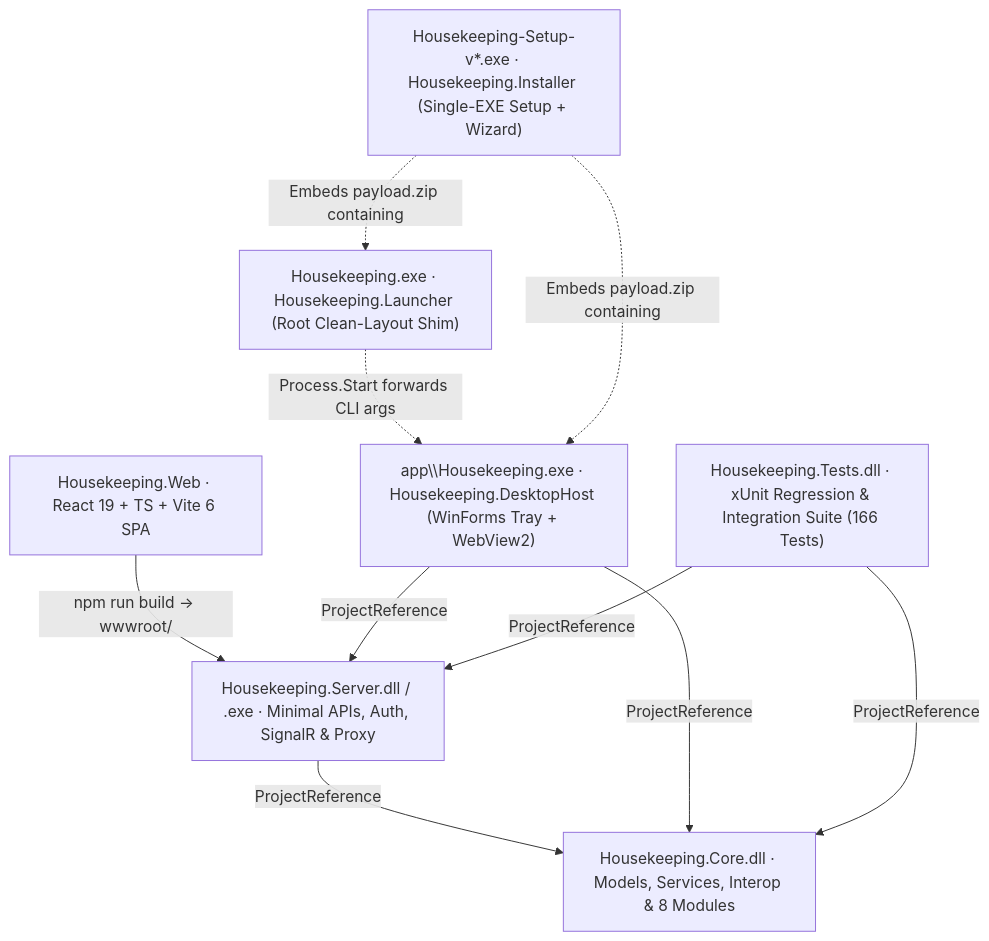
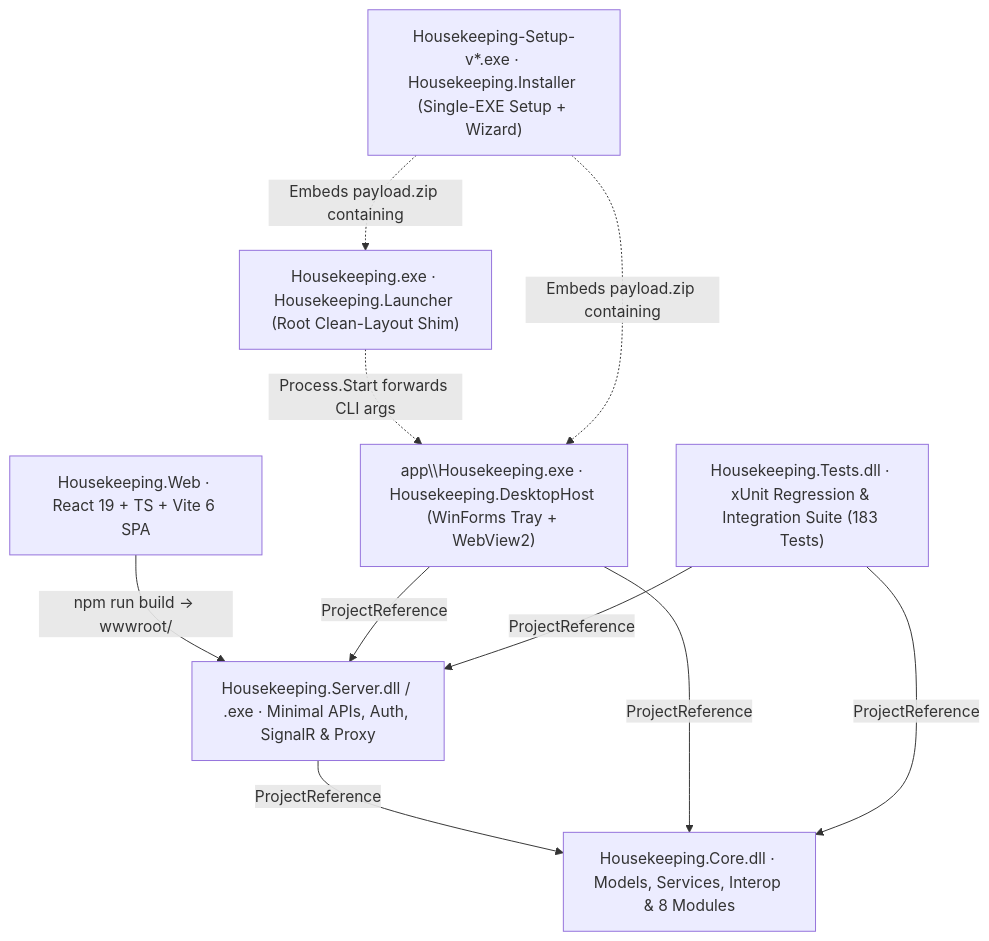
One commit to StreamItAllGit/Housekeeping changed the second of 2 diagrams in Dev/docs/ARCHITECTURE.md. Above: the diagram before and after it, drawn with Mermaid. The commit also changed other lines of this file and 141 other files, not shown here.

````diff
--- a/Dev/docs/ARCHITECTURE.md
+++ b/Dev/docs/ARCHITECTURE.md
@@ -80,20 +80,20 @@
 ```mermaid
 flowchart TD
     WEB["Housekeeping.Web · React 19 + TS + Vite 6 SPA"]
     CORE["Housekeeping.Core.dll · Models, Services, Interop & 8 Modules"]
     SRV["Housekeeping.Server.dll / .exe · Minimal APIs, Auth, SignalR & Proxy"]
     HOST["app\\Housekeeping.exe · Housekeeping.DesktopHost (WinForms Tray + WebView2)"]
     SHIM["Housekeeping.exe · Housekeeping.Launcher (Root Clean-Layout Shim)"]
     INST["Housekeeping-Setup-v*.exe · Housekeeping.Installer (Single-EXE Setup + Wizard)"]
-    TESTS["Housekeeping.Tests.dll · xUnit Regression & Integration Suite (166 Tests)"]
+    TESTS["Housekeeping.Tests.dll · xUnit Regression & Integration Suite (183 Tests)"]
 
     WEB -->|"npm run build -> wwwroot/"| SRV
     SRV -->|"ProjectReference"| CORE
     HOST -->|"ProjectReference"| SRV
     HOST -->|"ProjectReference"| CORE
     TESTS -->|"ProjectReference"| SRV
     TESTS -->|"ProjectReference"| CORE
     SHIM -.->|"Process.Start forwards CLI args"| HOST
     INST -.->|"Embeds payload.zip containing"| SHIM
     INST -.->|"Embeds payload.zip containing"| HOST
 ```
````
